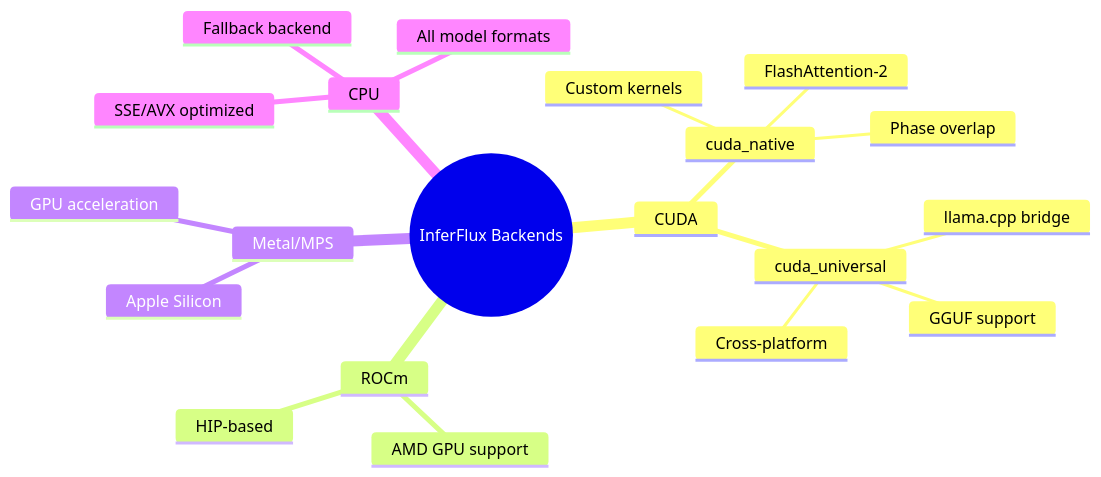
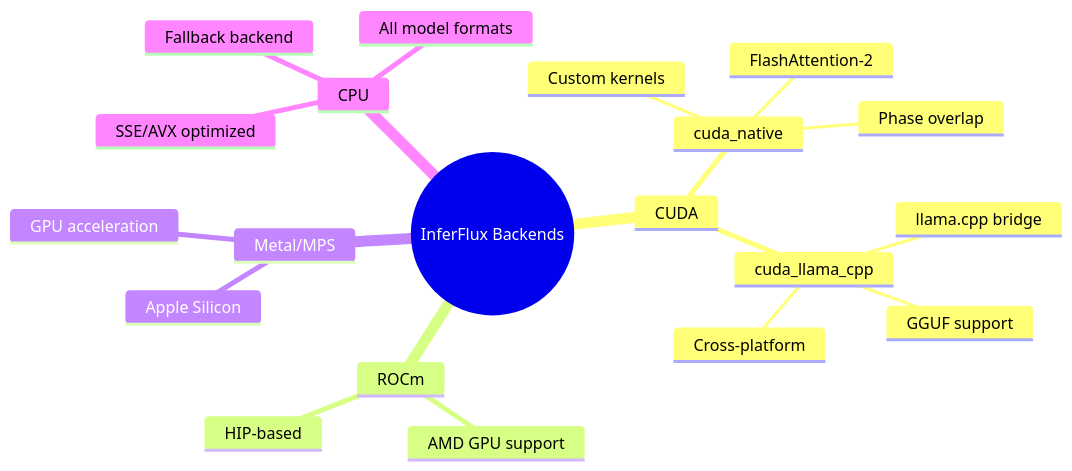
Before and after one commit to vjsingh1984/inferflux: the second of 7 diagrams in docs/BACKEND_DEVELOPMENT.md, drawn with Mermaid. The commit also changed other lines of this file and 35 other files, not shown here.

First line of the commit message:
Rename "universal" backend to "llama_cpp" for clarity

````diff
--- a/docs/BACKEND_DEVELOPMENT.md
+++ b/docs/BACKEND_DEVELOPMENT.md
@@ -48,23 +48,23 @@
 ```mermaid
 mindmap
   root((InferFlux Backends))
     CUDA
       cuda_native
         Custom kernels
         FlashAttention-2
         Phase overlap
-      cuda_universal
+      cuda_llama_cpp
         llama.cpp bridge
         GGUF support
         Cross-platform
     ROCm
       AMD GPU support
       HIP-based
     Metal/MPS
       Apple Silicon
       GPU acceleration
     CPU
       SSE/AVX optimized
       Fallback backend
       All model formats
 ```
````
